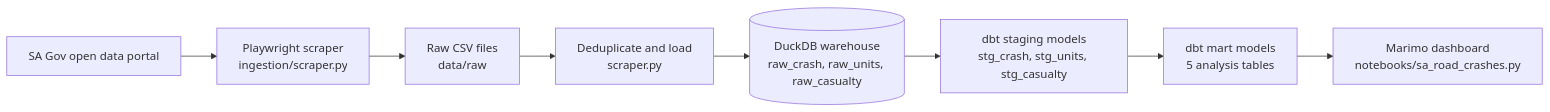
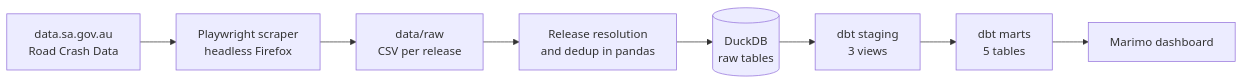
The first of 2 diagrams in README.md (shresthayujan/saferoads-sa), drawn with Mermaid before and after one commit. The commit also changed other lines of this file and 1 other file, not shown here.

Commit message:
Rewrite README for technical audience and add dashboard screenshot

````diff
--- a/README.md
+++ b/README.md
@@ -31,10 +22,10 @@
 ```mermaid
 flowchart LR
-    A["SA Gov open data portal"] --> B["Playwright scraper<br/>ingestion/scraper.py"]
-    B --> C["Raw CSV files<br/>data/raw"]
-    C --> D["Deduplicate and load<br/>scraper.py"]
-    D --> E[("DuckDB warehouse<br/>raw_crash, raw_units, raw_casualty")]
-    E --> F["dbt staging models<br/>stg_crash, stg_units, stg_casualty"]
-    F --> G["dbt mart models<br/>5 analysis tables"]
-    G --> H["Marimo dashboard<br/>notebooks/sa_road_crashes.py"]
+    A["data.sa.gov.au<br/>Road Crash Data"] --> B["Playwright scraper<br/>headless Firefox"]
+    B --> C["data/raw<br/>CSV per release"]
+    C --> D["Release resolution<br/>and dedup in pandas"]
+    D --> E[("DuckDB<br/>raw tables")]
+    E --> F["dbt staging<br/>3 views"]
+    F --> G["dbt marts<br/>5 tables"]
+    G --> H["Marimo dashboard"]
 ```
````
